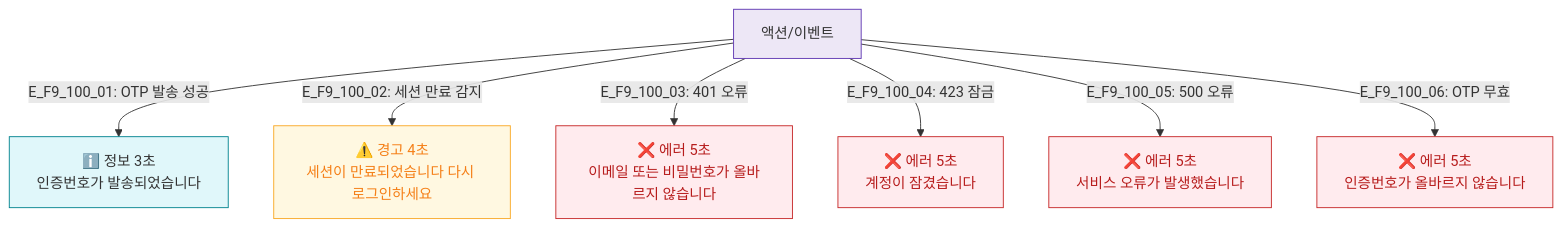
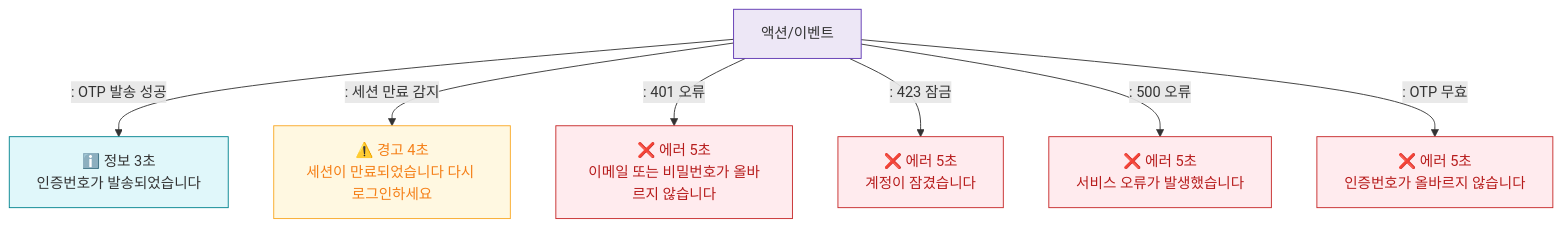
One commit to dev-spogym/admin-pando changed the diagram in docs/다이어그램/D01_공통/SCR-100_로그인/F9_토스트.md. Above: the diagram before and after it, drawn with Mermaid. The commit also changed other lines of this file and 1660 other files, not shown here.

First line of the commit message:
다이어그램: 기획자/클라이언트 납품본으로 정리

````diff
--- a/docs/다이어그램/D01_공통/SCR-100_로그인/F9_토스트.md
+++ b/docs/다이어그램/D01_공통/SCR-100_로그인/F9_토스트.md
@@ -16,19 +14,19 @@
 ```mermaid
 flowchart TD
     ACTIONS[액션/이벤트]
-    ACTIONS -->|"E_F9_100_01: OTP 발송 성공"| T_INFO1[ℹ️ 정보 3초\n인증번호가 발송되었습니다]
-    ACTIONS -->|"E_F9_100_02: 세션 만료 감지"| T_WARN1[⚠️ 경고 4초\n세션이 만료되었습니다 다시 로그인하세요]
-    ACTIONS -->|"E_F9_100_03: 401 오류"| T_ERR1[❌ 에러 5초\n이메일 또는 비밀번호가 올바르지 않습니다]
-    ACTIONS -->|"E_F9_100_04: 423 잠금"| T_ERR2[❌ 에러 5초\n계정이 잠겼습니다]
-    ACTIONS -->|"E_F9_100_05: 500 오류"| T_ERR3[❌ 에러 5초\n서비스 오류가 발생했습니다]
-    ACTIONS -->|"E_F9_100_06: OTP 무효"| T_ERR4[❌ 에러 5초\n인증번호가 올바르지 않습니다]
+    ACTIONS -->|": OTP 발송 성공"|T_INFO1[ℹ️ 정보 3초\n인증번호가 발송되었습니다]
+    ACTIONS -->|": 세션 만료 감지"|T_WARN1[⚠️ 경고 4초\n세션이 만료되었습니다 다시 로그인하세요]
+    ACTIONS -->|": 401 오류"|T_ERR1[❌ 에러 5초\n이메일 또는 비밀번호가 올바르지 않습니다]
+    ACTIONS -->|": 423 잠금"|T_ERR2[❌ 에러 5초\n계정이 잠겼습니다]
+    ACTIONS -->|": 500 오류"|T_ERR3[❌ 에러 5초\n서비스 오류가 발생했습니다]
+    ACTIONS -->|": OTP 무효"|T_ERR4[❌ 에러 5초\n인증번호가 올바르지 않습니다]
 
-    classDef info         fill:#E0F7FA,stroke:#00838F
-    classDef warning      fill:#FFF8E1,stroke:#F9A825,color:#F57F17
-    classDef error        fill:#FFEBEE,stroke:#C62828,color:#B71C1C
-    classDef system       fill:#EDE7F6,stroke:#5E35B2
+    classDef info fill:#E0F7FA,stroke:#00838F
+    classDef warning fill:#FFF8E1,stroke:#F9A825,color:#F57F17
+    classDef error fill:#FFEBEE,stroke:#C62828,color:#B71C1C
+    classDef system fill:#EDE7F6,stroke:#5E35B2
     class T_INFO1 info
     class T_WARN1 warning
     class T_ERR1,T_ERR2,T_ERR3,T_ERR4 error
     class ACTIONS system
 ```
````
